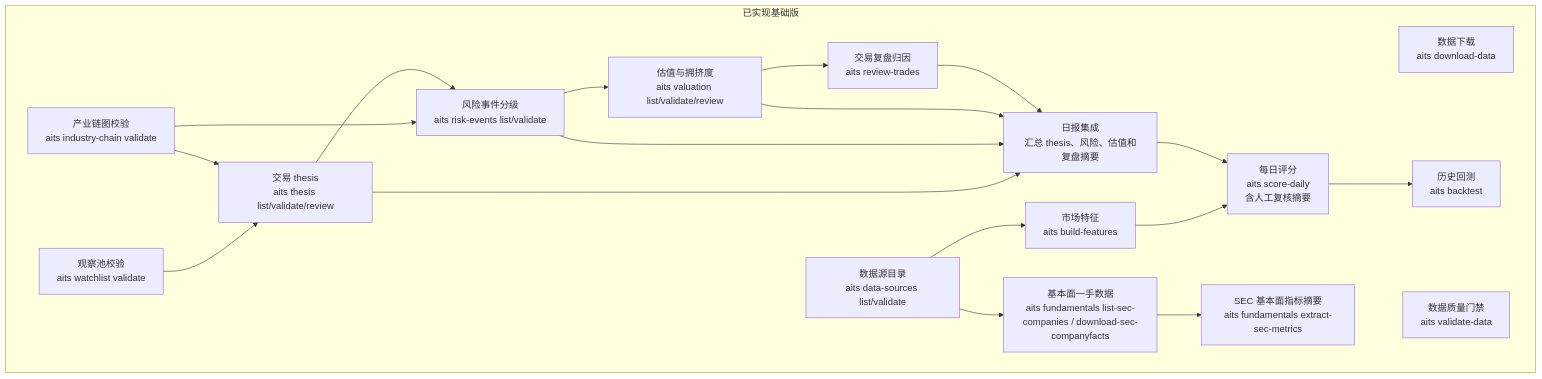
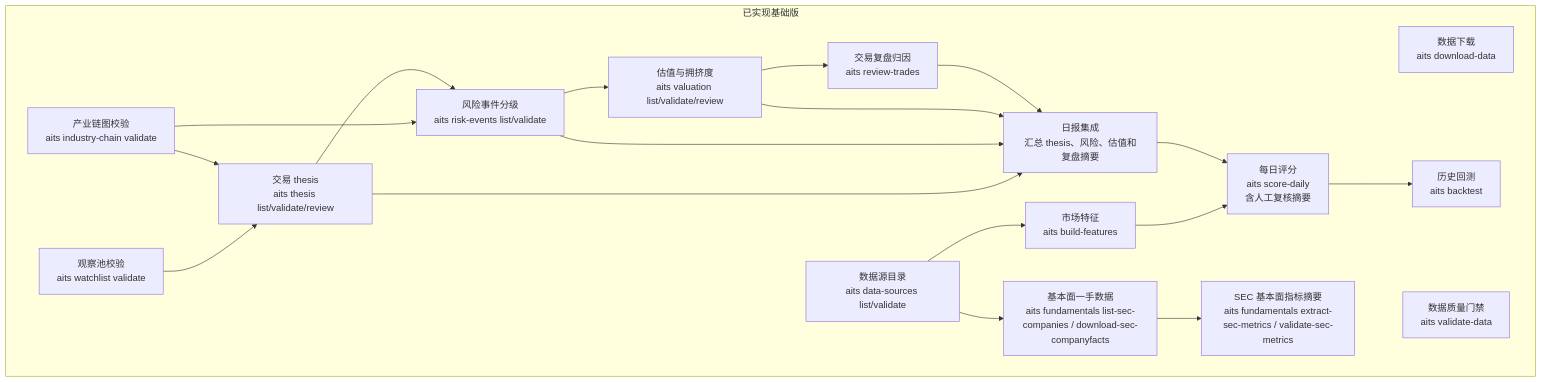
The fifth of 5 diagrams in docs/system_flow.md (AI-Trading-Collaboration/AITradingSystem), drawn with Mermaid before and after one commit. The commit also changed other lines of this file and 9 other files, not shown here.

Commit message:
Add SEC fundamentals metrics validation

````diff
--- a/docs/system_flow.md
+++ b/docs/system_flow.md
@@ -292,37 +298,37 @@
 ```mermaid
 flowchart TD
     subgraph Done["已实现基础版"]
         A["数据下载<br/>aits download-data"]
         B["数据质量门禁<br/>aits validate-data"]
         C["市场特征<br/>aits build-features"]
         D["每日评分<br/>aits score-daily<br/>含人工复核摘要"]
         E["历史回测<br/>aits backtest"]
         F["观察池校验<br/>aits watchlist validate"]
         G["产业链图校验<br/>aits industry-chain validate"]
         H["交易 thesis<br/>aits thesis list/validate/review"]
         I["风险事件分级<br/>aits risk-events list/validate"]
         J["估值与拥挤度<br/>aits valuation list/validate/review"]
         K["交易复盘归因<br/>aits review-trades"]
         L["日报集成<br/>汇总 thesis、风险、估值和复盘摘要"]
         M["数据源目录<br/>aits data-sources list/validate"]
         N["基本面一手数据<br/>aits fundamentals list-sec-companies / download-sec-companyfacts"]
-        O["SEC 基本面指标摘要<br/>aits fundamentals extract-sec-metrics"]
+        O["SEC 基本面指标摘要<br/>aits fundamentals extract-sec-metrics / validate-sec-metrics"]
     end
 
     C --> D
     D --> E
     F --> H
     G --> H
     G --> I
     H --> I
     I --> J
     J --> K
     M --> C
     M --> N
     N --> O
     H --> L
     I --> L
     J --> L
     K --> L
     L --> D
 ```
````
